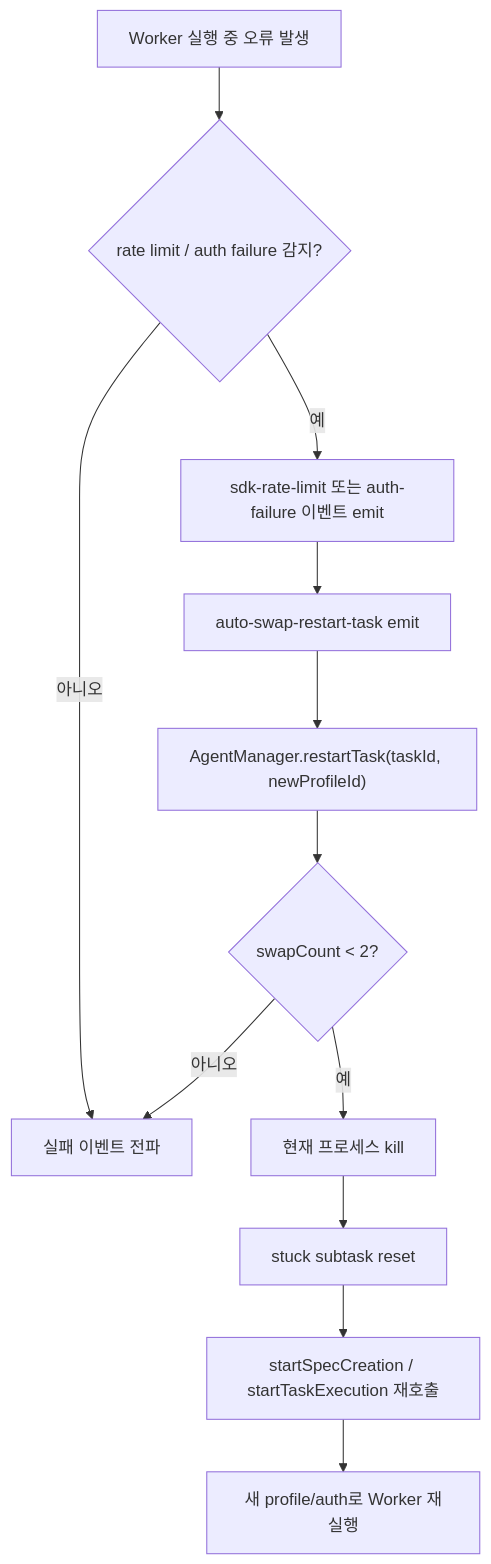
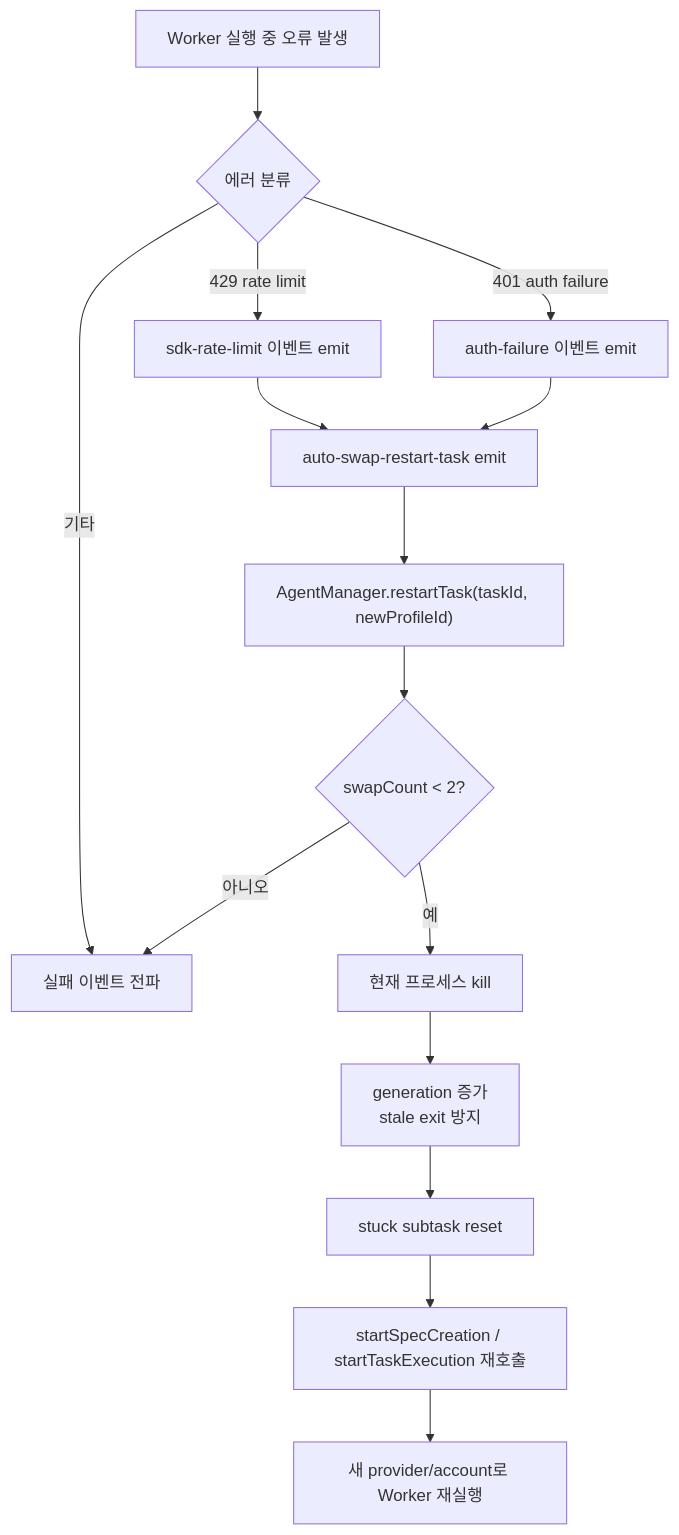
The fifth of 10 diagrams in aperant/00-diagram.md (kimchanhyung98/agentic-workflows), drawn with Mermaid before and after one commit. The commit also changed other lines of this file and 3 other files, not shown here.

First line of the commit message:
docs(aperant): expand architecture, flows, and analysis

````diff
--- a/aperant/00-diagram.md
+++ b/aperant/00-diagram.md
@@ -78,14 +168,17 @@
 ```mermaid
 flowchart TD
-    A["Worker 실행 중 오류 발생"] --> B{"rate limit / auth failure 감지?"}
-    B -->|아니오| Z["실패 이벤트 전파"]
-    B -->|예| C["sdk-rate-limit 또는 auth-failure 이벤트 emit"]
-    C --> D["auto-swap-restart-task emit"]
-    D --> E["AgentManager.restartTask(taskId, newProfileId)"]
-    E --> F{"swapCount < 2?"}
-    F -->|아니오| Z
-    F -->|예| G["현재 프로세스 kill"]
-    G --> H["stuck subtask reset"]
-    H --> I["startSpecCreation / startTaskExecution 재호출"]
-    I --> J["새 profile/auth로 Worker 재실행"]
+    A["Worker 실행 중 오류 발생"] --> B{"에러 분류"}
+    B -->|429 rate limit| C["sdk-rate-limit 이벤트 emit"]
+    B -->|401 auth failure| D["auth-failure 이벤트 emit"]
+    B -->|기타| Z["실패 이벤트 전파"]
+    C --> E["auto-swap-restart-task emit"]
+    D --> E
+    E --> F["AgentManager.restartTask(taskId, newProfileId)"]
+    F --> G{"swapCount < 2?"}
+    G -->|아니오| Z
+    G -->|예| H["현재 프로세스 kill"]
+    H --> I["generation 증가<br/>stale exit 방지"]
+    I --> J["stuck subtask reset"]
+    J --> K["startSpecCreation / startTaskExecution 재호출"]
+    K --> L["새 provider/account로 Worker 재실행"]
 ```
````
